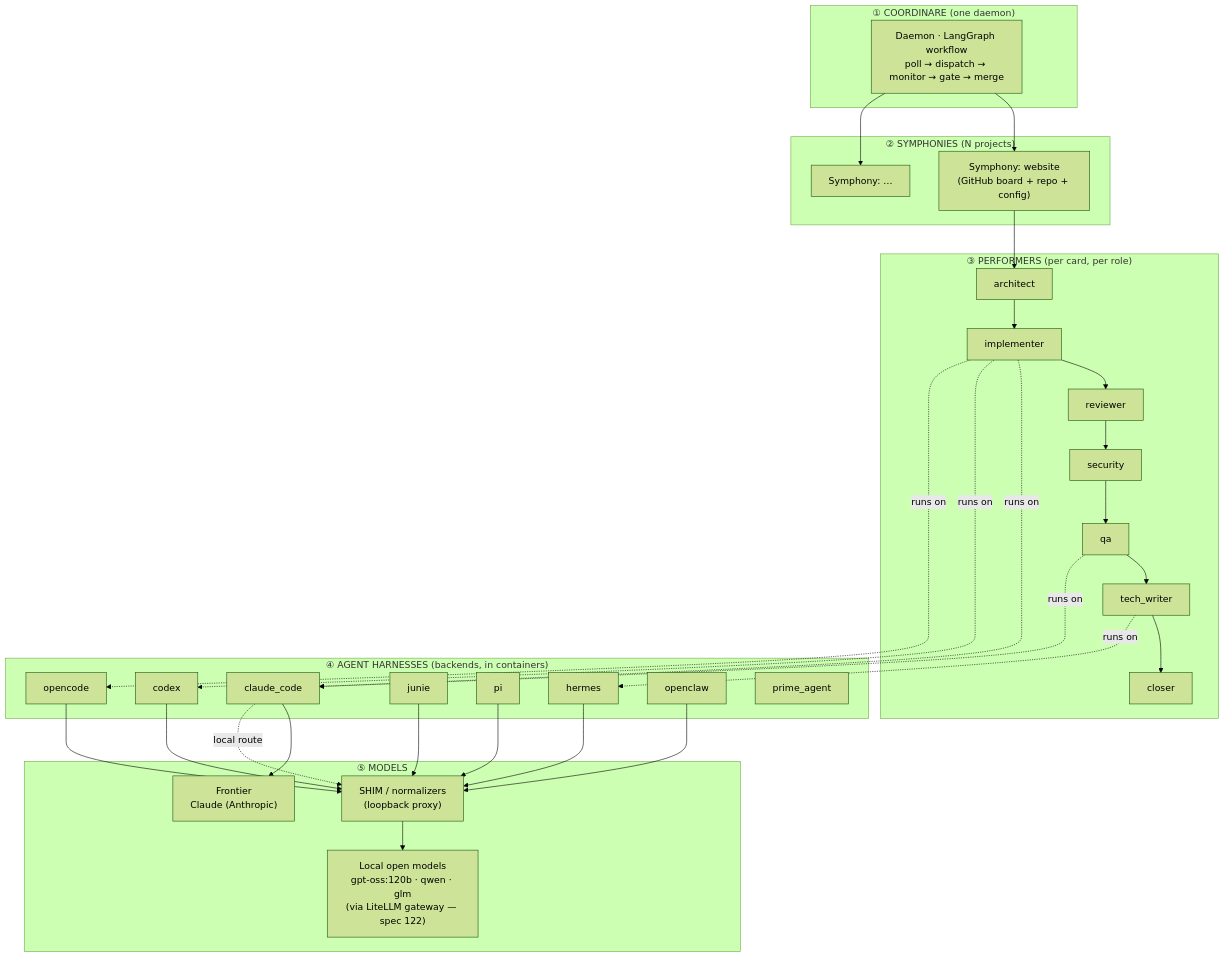
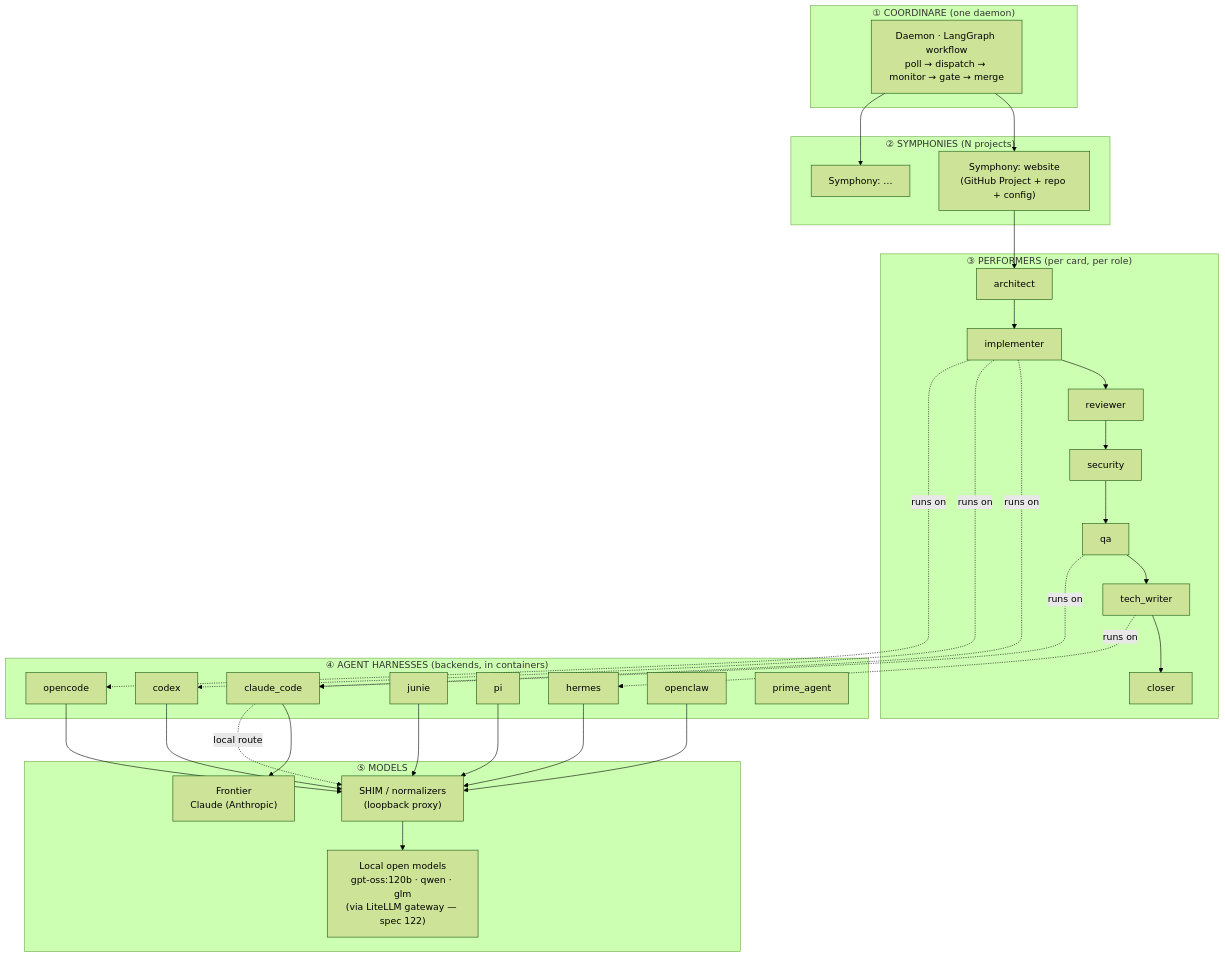
One commit to ViviDynamics/coordinare changed the first of 4 diagrams in docs/onboarding/02-architecture.md. Above: the diagram before and after it, drawn with Mermaid (forest theme). The commit also changed other lines of this file and 42 other files, not shown here.

````diff
--- a/docs/onboarding/02-architecture.md
+++ b/docs/onboarding/02-architecture.md
@@ -8,37 +8,37 @@
 ```mermaid
 flowchart TB
   subgraph L1["① COORDINARE (one daemon)"]
     D["Daemon · LangGraph workflow<br/>poll → dispatch → monitor → gate → merge"]
   end
 
   subgraph L2["② SYMPHONIES (N projects)"]
-    S1["Symphony: website<br/>(GitHub board + repo + config)"]
+    S1["Symphony: website<br/>(GitHub Project + repo + config)"]
     S2["Symphony: …<br/>"]
   end
 
   subgraph L3["③ PERFORMERS (per card, per role)"]
     P1["architect"]; P2["implementer"]; P3["reviewer"]
     P4["security"]; P5["qa"]; P6["tech_writer"]; P7["closer"]
   end
 
   subgraph L4["④ AGENT HARNESSES (backends, in containers)"]
     H1["claude_code"]; H2["codex"]; H3["opencode"]
     H4["junie"]; H5["pi"]; H6["hermes"]; H7["openclaw"]
     H8["prime_agent"]
   end
 
   subgraph L5["⑤ MODELS"]
     M1["Frontier<br/>Claude (Anthropic)"]
     SH["SHIM / normalizers<br/>(loopback proxy)"]
     M2["Local open models<br/>gpt-oss:120b · qwen · glm<br/>(via LiteLLM gateway — spec 122)"]
   end
 
   D --> S1 & S2
   S1 --> P1 --> P2 --> P3 --> P4 --> P5 --> P6 --> P7
   P2 -.runs on.-> H1 & H2 & H3
   P5 -.runs on.-> H1
   P6 -.runs on.-> H6
   H1 --> M1
   H2 & H3 & H4 & H5 & H6 & H7 --> SH --> M2
   H1 -.local route.-> SH
 ```
````
